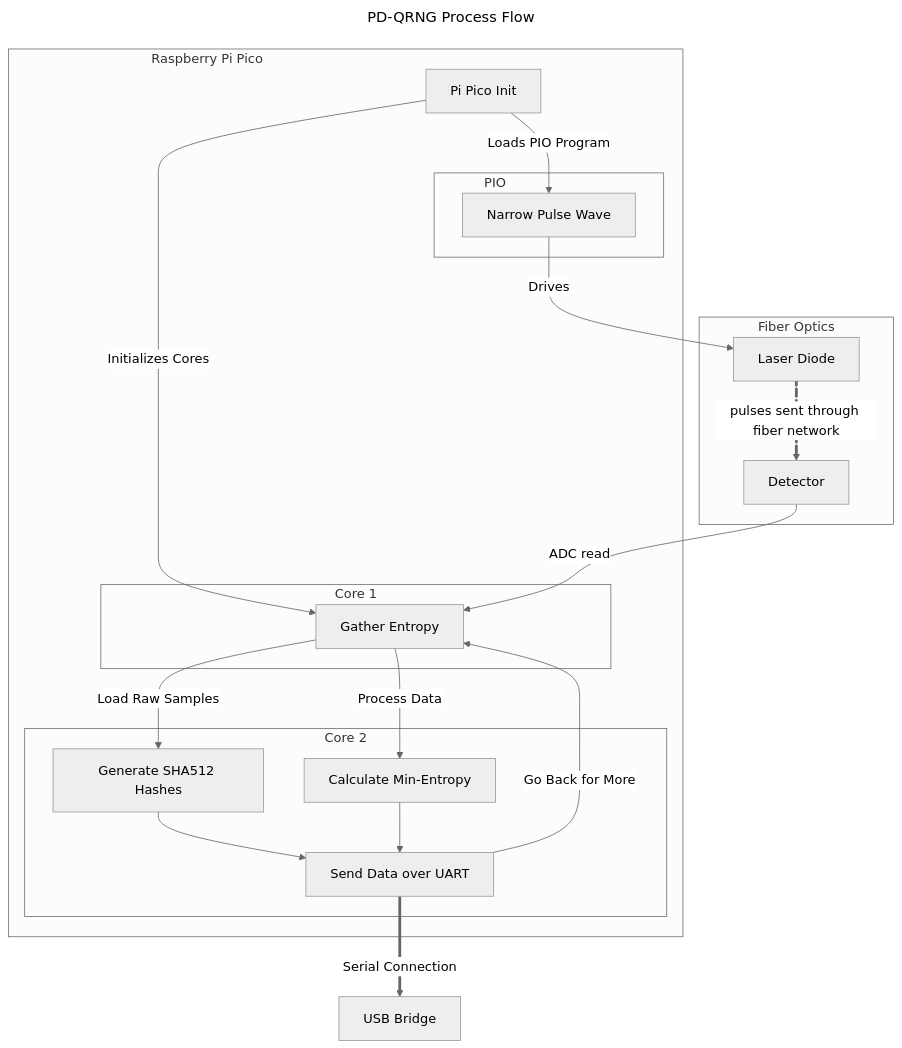
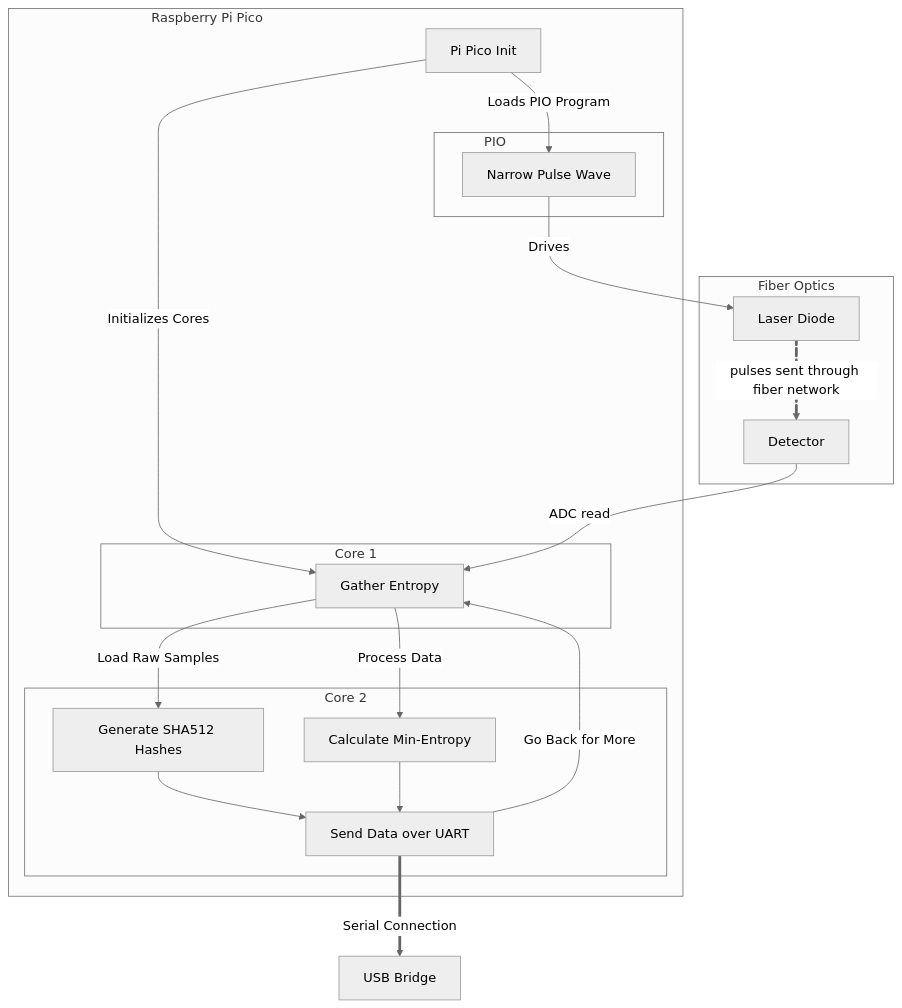
Before and after one commit to QuantumVillage/FiberRanger: the diagram in README.md, drawn with Mermaid (neutral theme).

Commit message:
added flow charts

````diff
--- a/README.md
+++ b/README.md
@@ -9,38 +9,38 @@
 ```mermaid
 ---
-title: PD-QRNG Process Flow
+title: # PD-QRNG Process Flow
 ---
 
 flowchart TD
     subgraph Fiber Optics
     L[Laser Diode]
     D[Detector]
     end
     subgraph R[<div style="width:30em; height:8em; display:flex; justify-content: flex-start;">Raspberry Pi Pico</div>]
         I[Pi Pico Init]
         subgraph PIO [<div style="width:10em; height:8em; display:flex; justify-content: flex-start;">PIO</div>]
         A[Narrow Pulse Wave]
         end
         subgraph Core 1
         G[Gather Entropy]
         end
         subgraph Core 2
         M[Calculate Min-Entropy]
         S[Generate SHA512 Hashes]
         U[Send Data over UART]
         end
     end
     B[USB Bridge]
     I -->|Initializes Cores| G[Gather Entropy]
     I -->|Loads PIO Program| A
     D -->|ADC read| G
     G -->|Process Data| M
     G -->|Load Raw Samples| S
     S --> U
     M --> U
     U -->|Go Back for More| G
     A  -->|Drives| L
     L e1@==>|pulses sent through fiber network| D
     e1@{ animate: true }
     U ==>|Serial Connection| B
 ```
````
